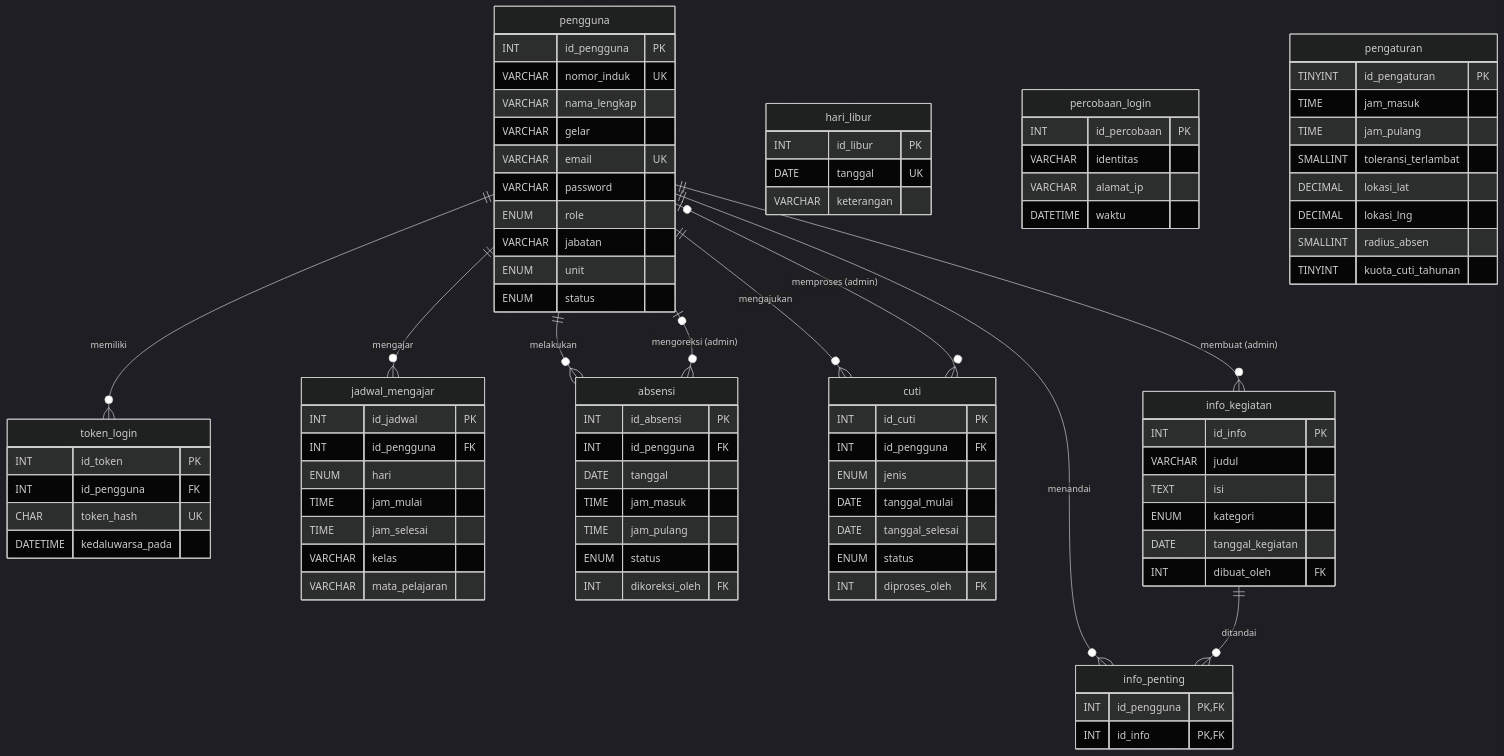
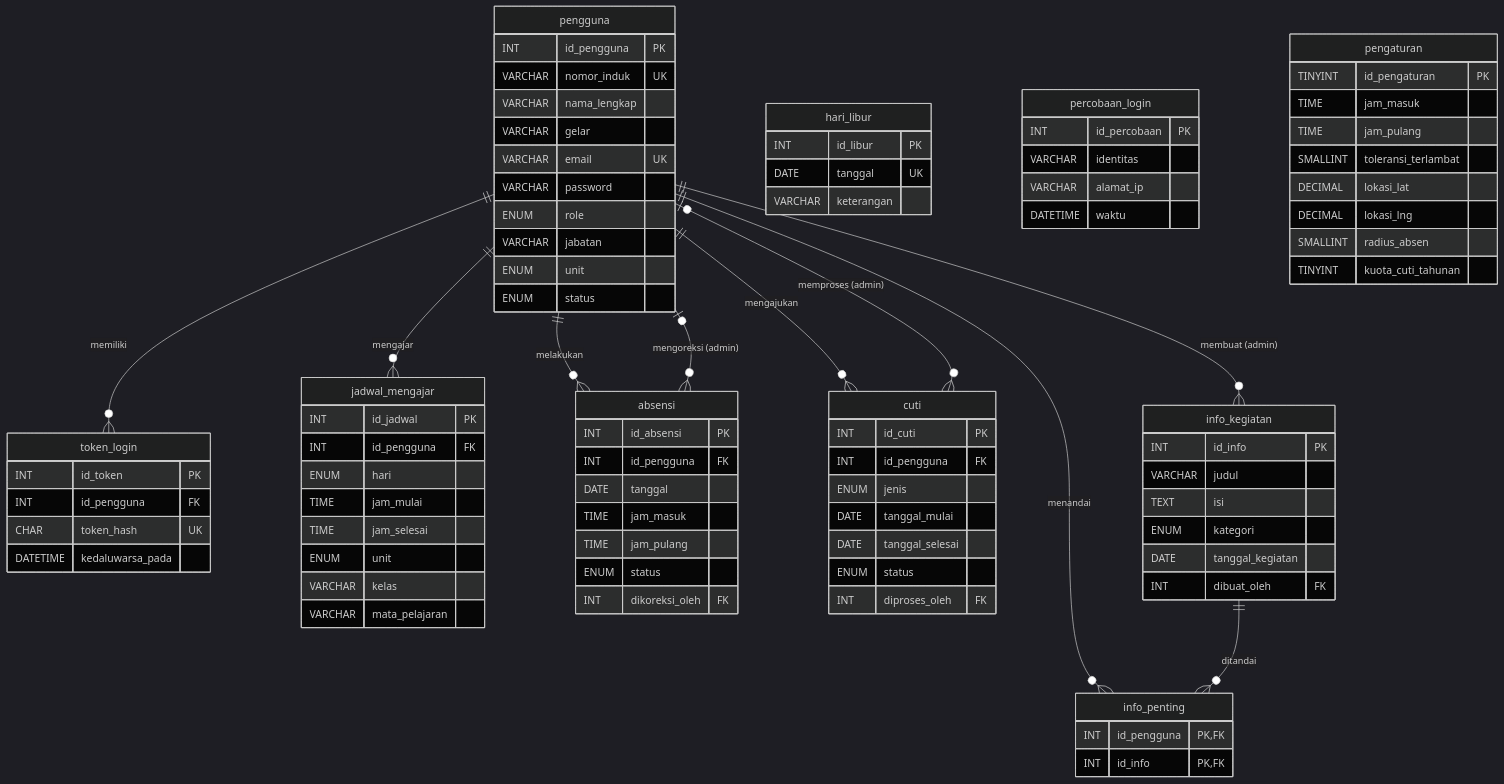
One commit to pentest-acc/kepegawaian-guru changed the diagram in database/README.md. Above: the diagram before and after it, drawn with Mermaid (dark theme). The commit also changed other lines of this file and 2 other files, not shown here.

```diff
--- a/database/README.md
+++ b/database/README.md
@@ -55,6 +57,7 @@
         ENUM hari
         TIME jam_mulai
         TIME jam_selesai
+        ENUM unit
         VARCHAR kelas
         VARCHAR mata_pelajaran
     }
```
